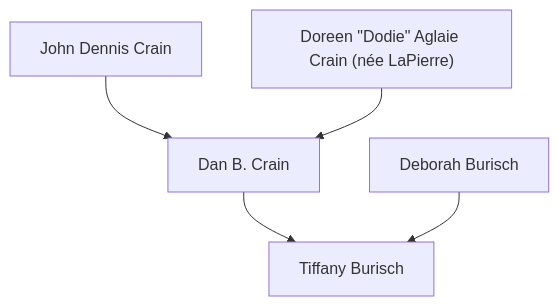
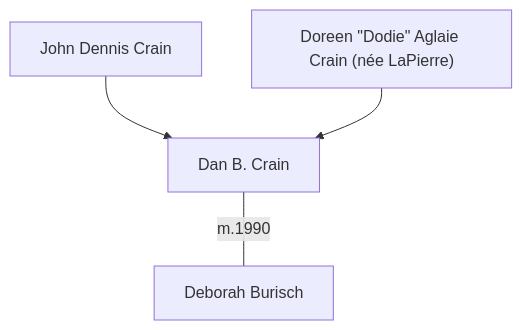
Before and after one commit to Black-Star-Institute/blackstar.github.io: the second of 2 diagrams in docs/people/burisch_dan.md, drawn with Mermaid.

````diff
--- a/docs/people/burisch_dan.md
+++ b/docs/people/burisch_dan.md
@@ -62,8 +62,6 @@
 ```mermaid
 graph TD;
   john[John Dennis Crain] --> dan
   dodie["Doreen &quot;Dodie&quot; Aglaie Crain (née LaPierre)"] --> dan
-  dan[Dan B. Crain] --> tiffany[Tiffany Burisch]
-  deborah[Deborah Burisch] --> tiffany
-  
+  dan[Dan B. Crain] -- m.1990 --- deborah[Deborah Burisch]
 ```
````
